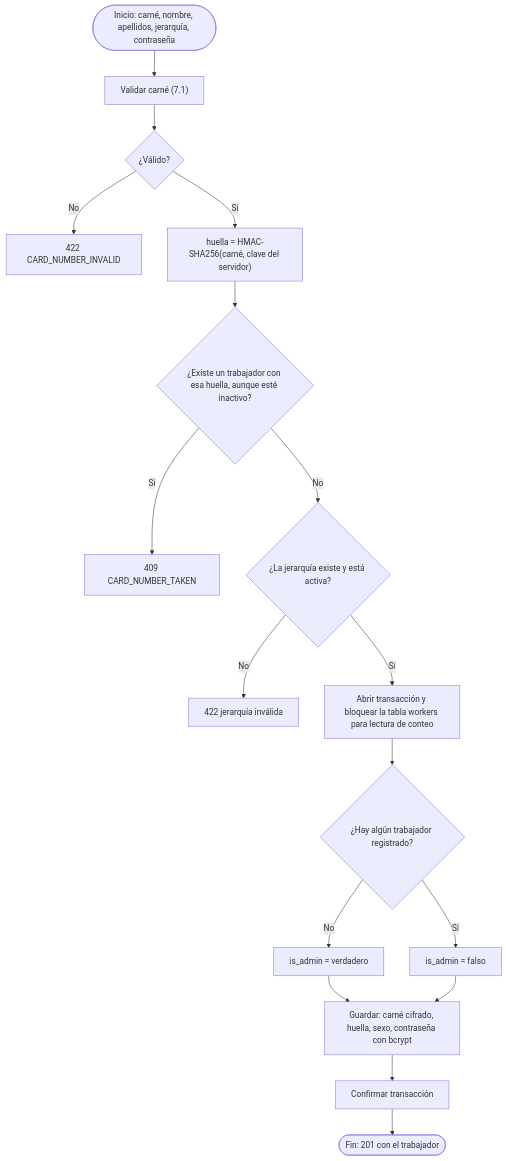
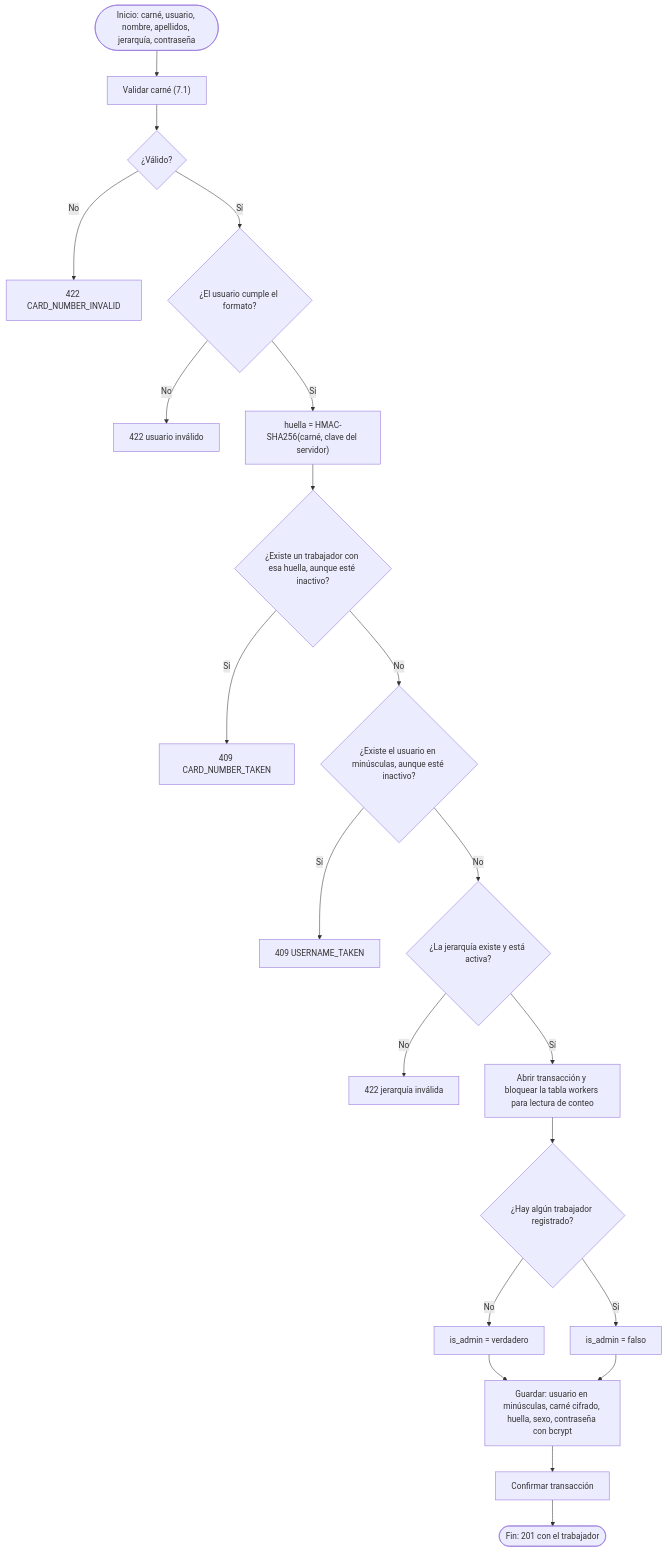
Before and after one commit to maicolalmaralestamayo/MiRuta: the second of 28 diagrams in docs/07-algoritmos.md, drawn with Mermaid. The commit also changed other lines of this file and 37 other files, not shown here.

First line of the commit message:
Iniciar sesión con un nombre de usuario en lugar del carné

````diff
--- a/docs/07-algoritmos.md
+++ b/docs/07-algoritmos.md
@@ -71,19 +71,23 @@
 ```mermaid
 flowchart TD
-    A(["Inicio: carné, nombre, apellidos, jerarquía, contraseña"]) --> B["Validar carné (7.1)"]
+    A(["Inicio: carné, usuario, nombre, apellidos, jerarquía, contraseña"]) --> B["Validar carné (7.1)"]
     B --> C{"¿Válido?"}
     C -->|No| X1["422 CARD_NUMBER_INVALID"]
-    C -->|Sí| D["huella = HMAC-SHA256(carné, clave del servidor)"]
+    C -->|Sí| U{"¿El usuario cumple el formato?"}
+    U -->|No| X4["422 usuario inválido"]
+    U -->|Sí| D["huella = HMAC-SHA256(carné, clave del servidor)"]
     D --> E{"¿Existe un trabajador con esa huella, aunque esté inactivo?"}
     E -->|Sí| X2["409 CARD_NUMBER_TAKEN"]
-    E -->|No| F{"¿La jerarquía existe y está activa?"}
+    E -->|No| V{"¿Existe el usuario en minúsculas, aunque esté inactivo?"}
+    V -->|Sí| X5["409 USERNAME_TAKEN"]
+    V -->|No| F{"¿La jerarquía existe y está activa?"}
     F -->|No| X3["422 jerarquía inválida"]
     F -->|Sí| G["Abrir transacción y bloquear la tabla workers para lectura de conteo"]
     G --> H{"¿Hay algún trabajador registrado?"}
     H -->|No| I["is_admin = verdadero"]
     H -->|Sí| J["is_admin = falso"]
-    I --> K["Guardar: carné cifrado, huella, sexo, contraseña con bcrypt"]
+    I --> K["Guardar: usuario en minúsculas, carné cifrado, huella, sexo, contraseña con bcrypt"]
     J --> K
     K --> L["Confirmar transacción"]
     L --> Z(["Fin: 201 con el trabajador"])
 ```
````
